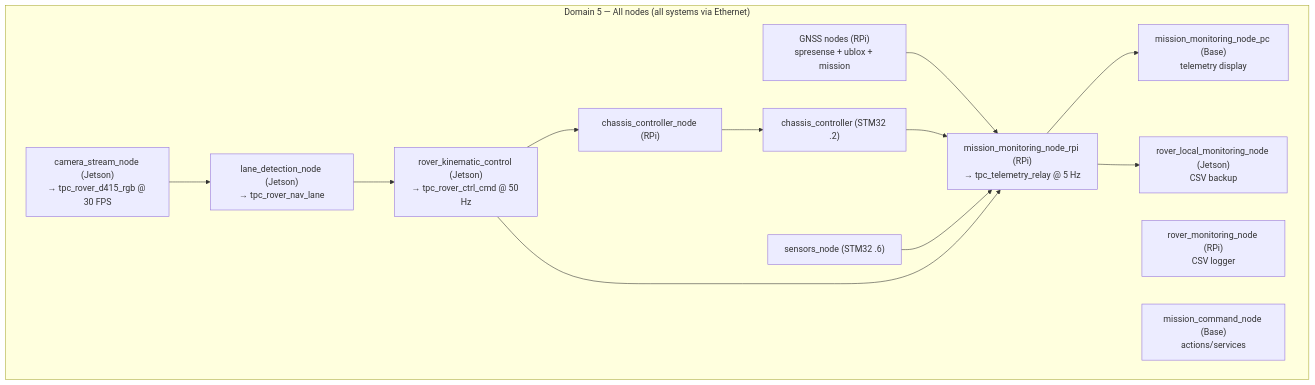
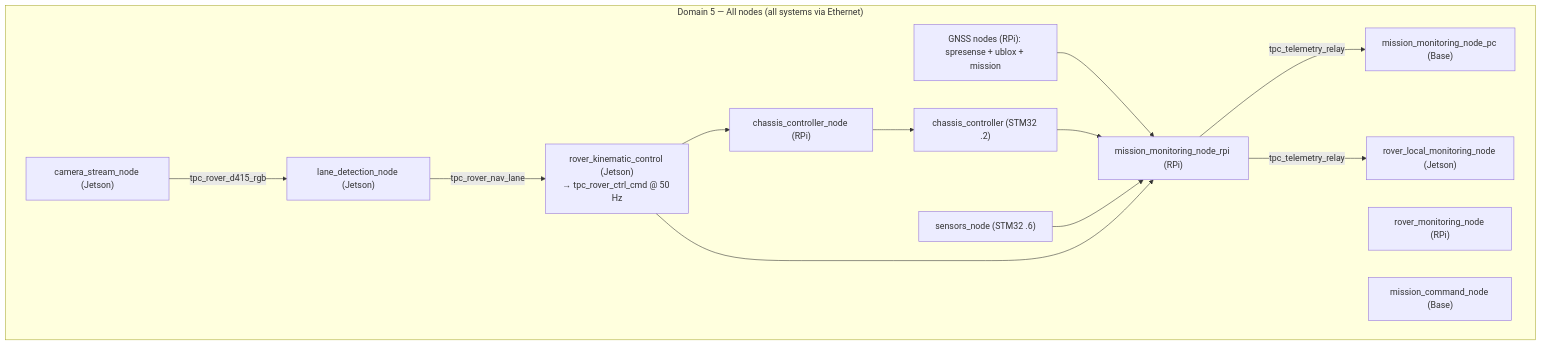
The diagram in docs/DOMAINS.md (RoboticsGG/almondmatcha), drawn with Mermaid before and after one commit. The commit also changed other lines of this file and 2 other files, not shown here.

First line of the commit message:
docs(single-domain): resolve conflict markers, condense docs, add BUG_INVESTIGATION_LOG

````diff
--- a/docs/DOMAINS.md
+++ b/docs/DOMAINS.md
@@ -15,26 +13,26 @@
 ```mermaid
 flowchart TB
     subgraph D5["Domain 5 — All nodes (all systems via Ethernet)"]
-        CAM["camera_stream_node (Jetson)\n→ tpc_rover_d415_rgb @ 30 FPS"]
-        LANE["lane_detection_node (Jetson)\n→ tpc_rover_nav_lane"]
+        CAM["camera_stream_node (Jetson)"]
+        LANE["lane_detection_node (Jetson)"]
         CTRL["rover_kinematic_control (Jetson)\n→ tpc_rover_ctrl_cmd @ 50 Hz"]
         CC["chassis_controller_node (RPi)"]
         STM32C["chassis_controller (STM32 .2)"]
         STM32S["sensors_node (STM32 .6)"]
-        GNSS["GNSS nodes (RPi)\nspresense + ublox + mission"]
-        MON_RPI["mission_monitoring_node_rpi (RPi)\n→ tpc_telemetry_relay @ 5 Hz"]
-        LOG["rover_monitoring_node (RPi)\nCSV logger"]
-        CMD["mission_command_node (Base)\nactions/services"]
-        MON_PC["mission_monitoring_node_pc (Base)\ntelemetry display"]
-        MON_J["rover_local_monitoring_node (Jetson)\nCSV backup"]
+        GNSS["GNSS nodes (RPi): spresense + ublox + mission"]
+        MON["mission_monitoring_node_rpi (RPi)"]
+        LOG["rover_monitoring_node (RPi)"]
+        CMD["mission_command_node (Base)"]
+        MONPC["mission_monitoring_node_pc (Base)"]
+        MONJ["rover_local_monitoring_node (Jetson)"]
     end
 
-    CAM --> LANE --> CTRL
+    CAM -->|tpc_rover_d415_rgb| LANE -->|tpc_rover_nav_lane| CTRL
     CTRL --> CC --> STM32C
-    GNSS --> MON_RPI
-    STM32C --> MON_RPI
-    STM32S --> MON_RPI
-    CTRL --> MON_RPI
-    MON_RPI --> MON_PC
-    MON_RPI --> MON_J
+    GNSS --> MON
+    STM32C --> MON
+    STM32S --> MON
+    CTRL --> MON
+    MON -->|tpc_telemetry_relay| MONPC
+    MON -->|tpc_telemetry_relay| MONJ
 ```
````
